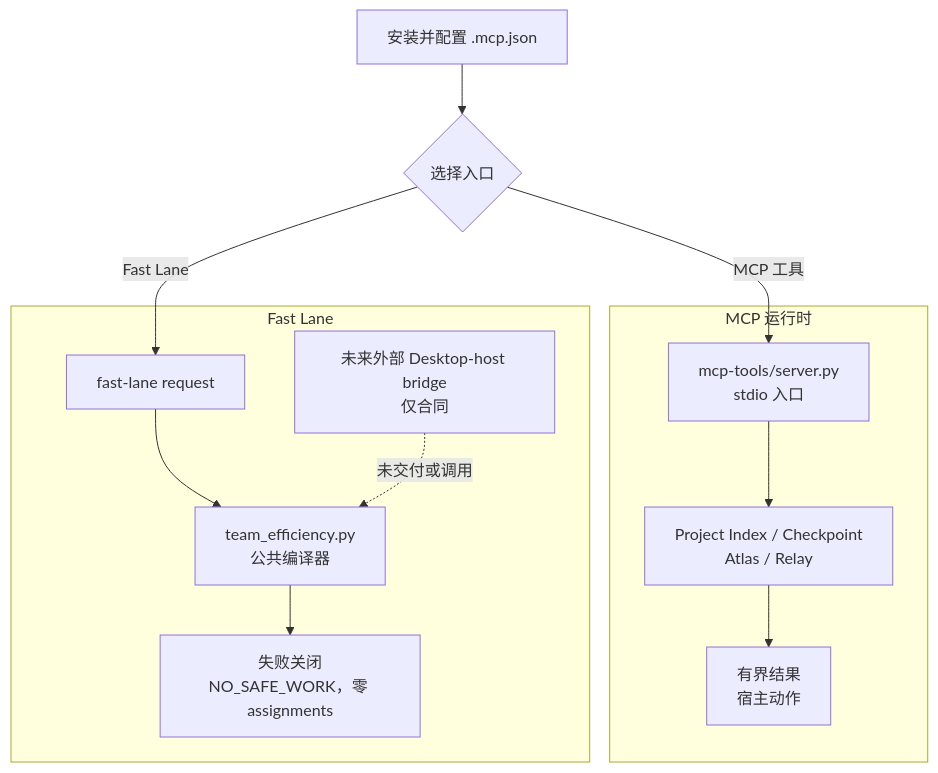
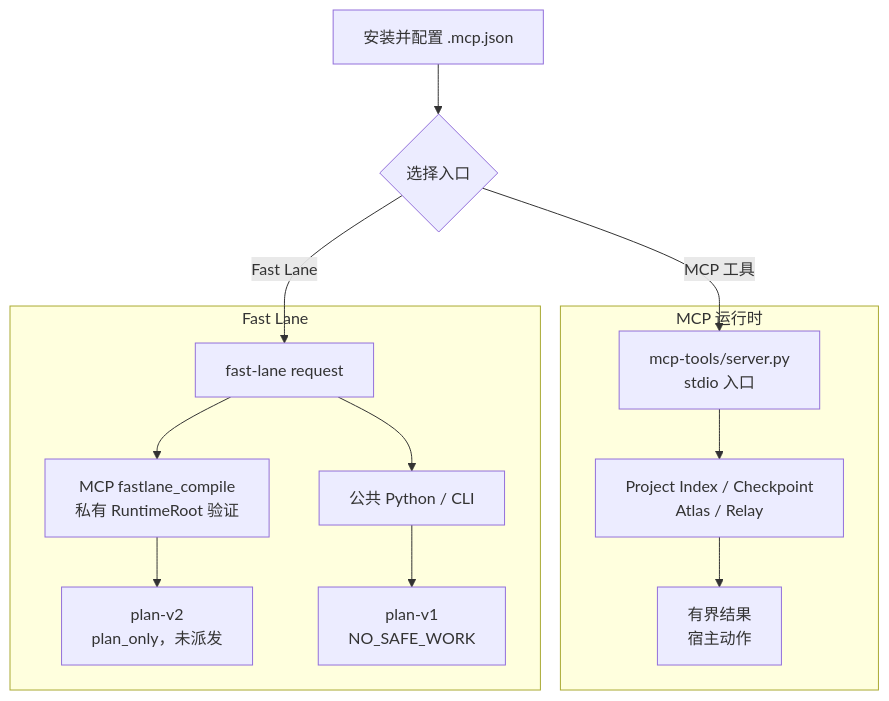
The diagram in README.zh-CN.md (2718labs/2718lab-devkit), drawn with Mermaid before and after one commit. The commit also changed other lines of this file and 14 other files, not shown here.

Commit message:
feat(fastlane): add hostless compile-only planning

````diff
--- a/README.zh-CN.md
+++ b/README.zh-CN.md
@@ -75,14 +77,14 @@
 ```mermaid
 flowchart TD
     A["安装并配置 .mcp.json"] --> B{"选择入口"}
     subgraph MCP["MCP 运行时"]
         C["mcp-tools/server.py<br/>stdio 入口"] --> D["Project Index / Checkpoint<br/>Atlas / Relay"] --> E["有界结果<br/>宿主动作"]
     end
     subgraph FAST["Fast Lane"]
-        F["fast-lane request"] --> G["team_efficiency.py<br/>公共编译器"]
-        G --> X["失败关闭<br/>NO_SAFE_WORK，零 assignments"]
-        H["未来外部 Desktop-host bridge<br/>仅合同"] -. "未交付或调用" .-> G
+        F["fast-lane request"] --> G["MCP fastlane_compile<br/>私有 RuntimeRoot 验证"]
+        G --> X["plan-v2<br/>plan_only，未派发"]
+        F --> H["公共 Python / CLI"] --> I["plan-v1<br/>NO_SAFE_WORK"]
     end
     B -->|MCP 工具| C
     B -->|Fast Lane| F
 ```
````
